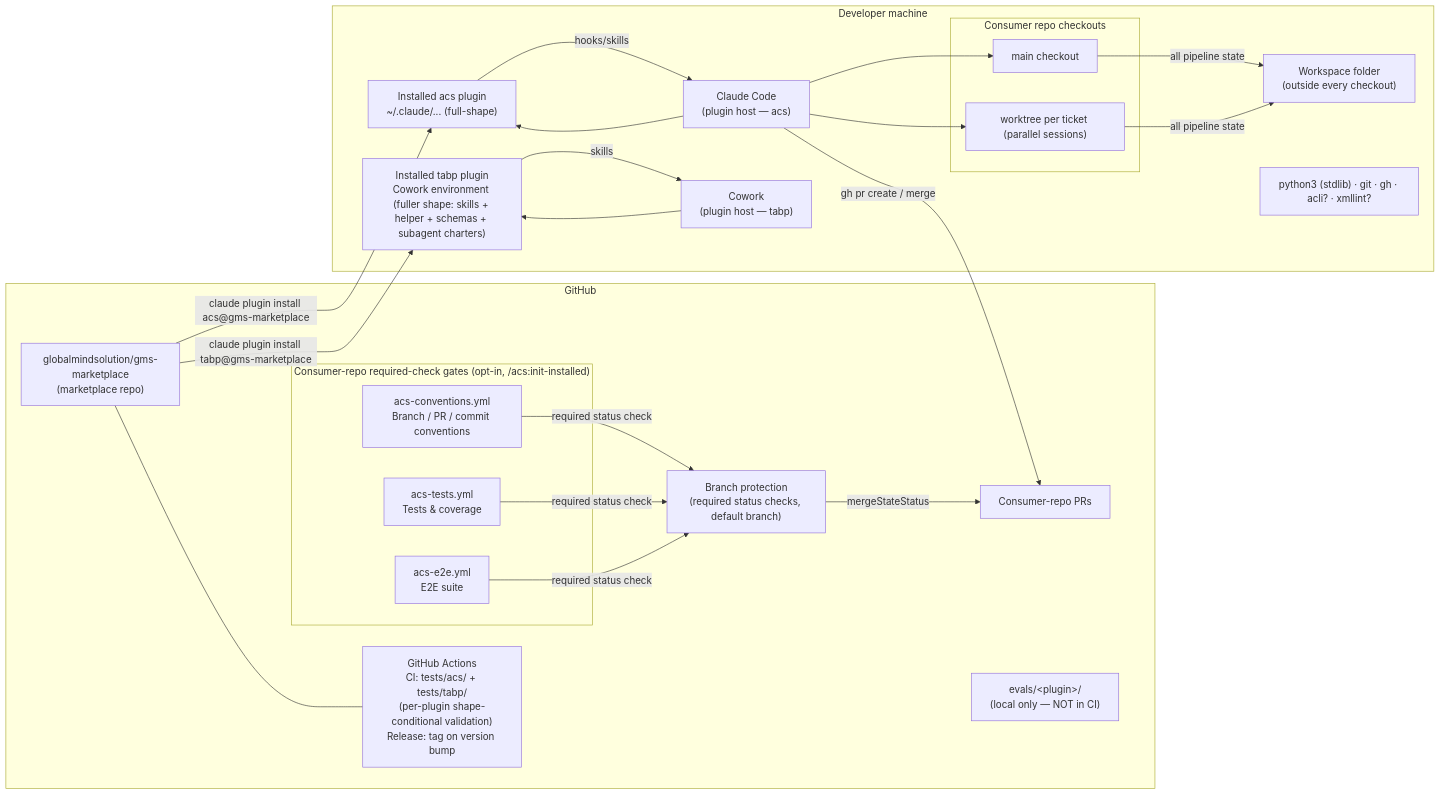
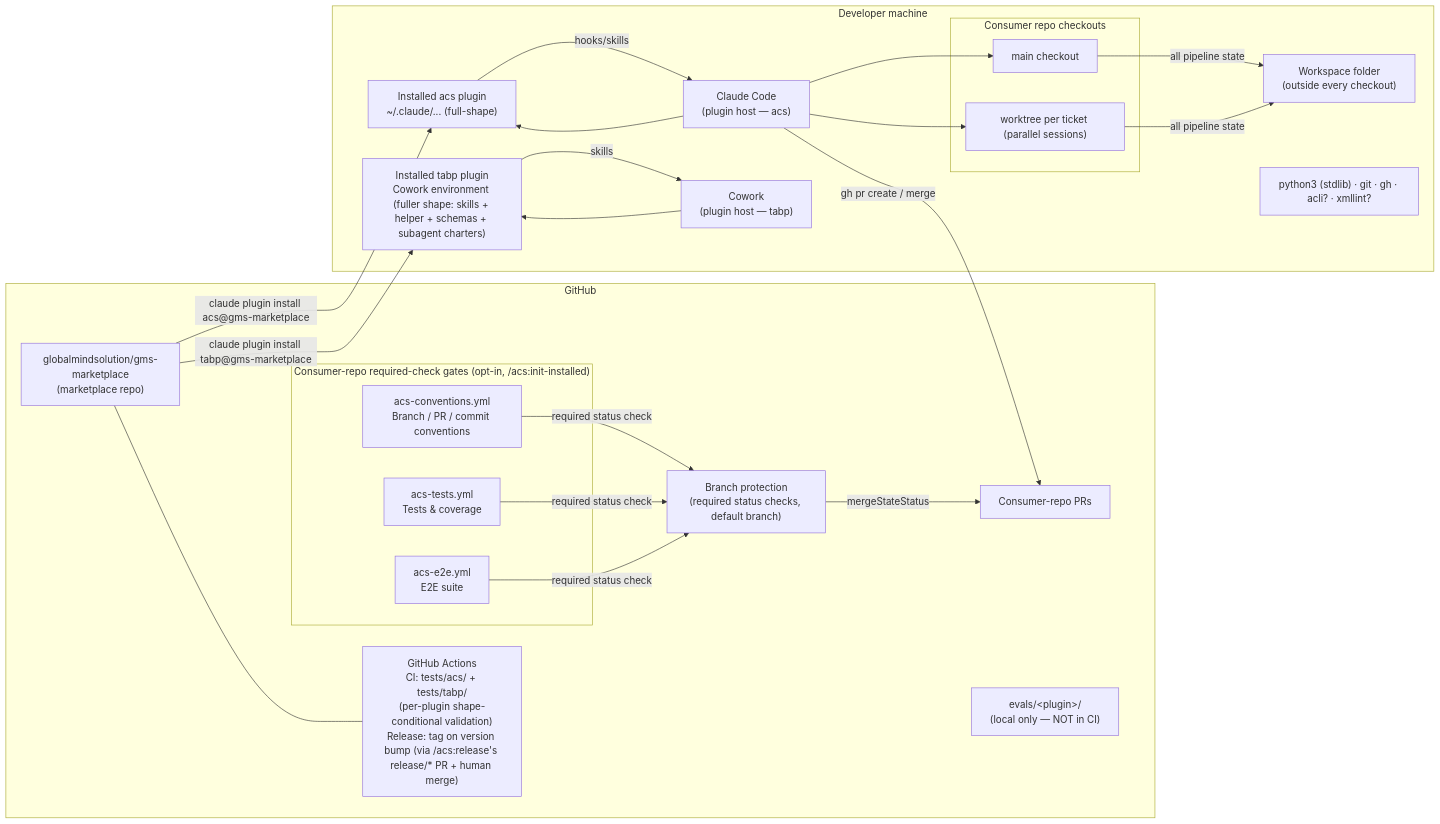
One commit to globalmindsolution/gms-marketplace changed the diagram in docs/architecture/hld/deployment.md. Above: the diagram before and after it, drawn with Mermaid. The commit also changed other lines of this file and 33 other files, not shown here.

````diff
--- a/docs/architecture/hld/deployment.md
+++ b/docs/architecture/hld/deployment.md
@@ -3,41 +3,41 @@
 ```mermaid
 flowchart LR
     subgraph github["GitHub"]
         MR["globalmindsolution/gms-marketplace<br/>(marketplace repo)"]
-        ACT["GitHub Actions<br/>CI: tests/acs/ + tests/tabp/<br/>(per-plugin shape-conditional validation)<br/>Release: tag on version bump"]
+        ACT["GitHub Actions<br/>CI: tests/acs/ + tests/tabp/<br/>(per-plugin shape-conditional validation)<br/>Release: tag on version bump (via /acs:release's release/* PR + human merge)"]
         PRS["Consumer-repo PRs"]
         EVALS["evals/&lt;plugin&gt;/<br/>(local only — NOT in CI)"]
         subgraph gates["Consumer-repo required-check gates (opt-in, /acs:init-installed)"]
             G_CONV["acs-conventions.yml<br/>Branch / PR / commit conventions"]
             G_TEST["acs-tests.yml<br/>Tests & coverage"]
             G_E2E["acs-e2e.yml<br/>E2E suite"]
         end
         BP["Branch protection<br/>(required status checks, default branch)"]
     end
 
     subgraph machine["Developer machine"]
         CC["Claude Code<br/>(plugin host — acs)"]
         CW["Cowork<br/>(plugin host — tabp)"]
         PI_ACS["Installed acs plugin<br/>~/.claude/... (full-shape)"]
         PI_TABP["Installed tabp plugin<br/>Cowork environment (fuller shape: skills + helper + schemas + subagent charters)"]
         subgraph checkouts["Consumer repo checkouts"]
             CO1["main checkout"]
             CO2["worktree per ticket (parallel sessions)"]
         end
         WS["Workspace folder<br/>(outside every checkout)"]
         PY["python3 (stdlib) · git · gh · acli? · xmllint?"]
     end
 
     MR -- "claude plugin install acs@gms-marketplace" --> PI_ACS
     MR -- "claude plugin install tabp@gms-marketplace" --> PI_TABP
     MR --- ACT
     CC --> PI_ACS
     PI_ACS -- hooks/skills --> CC
     CW --> PI_TABP
     PI_TABP -- skills --> CW
     CC --> CO1 & CO2
     CO1 & CO2 -- "all pipeline state" --> WS
     CC -- "gh pr create / merge" --> PRS
     G_CONV & G_TEST & G_E2E -- "required status check" --> BP
     BP -- "mergeStateStatus" --> PRS
 ```
````
